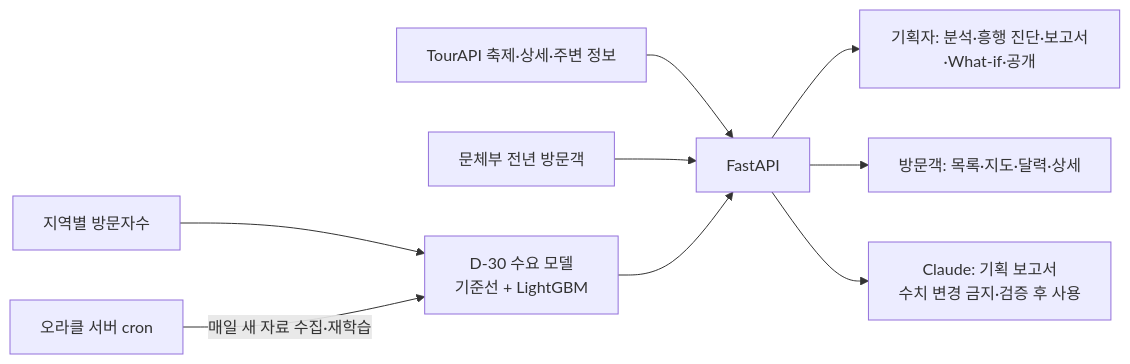
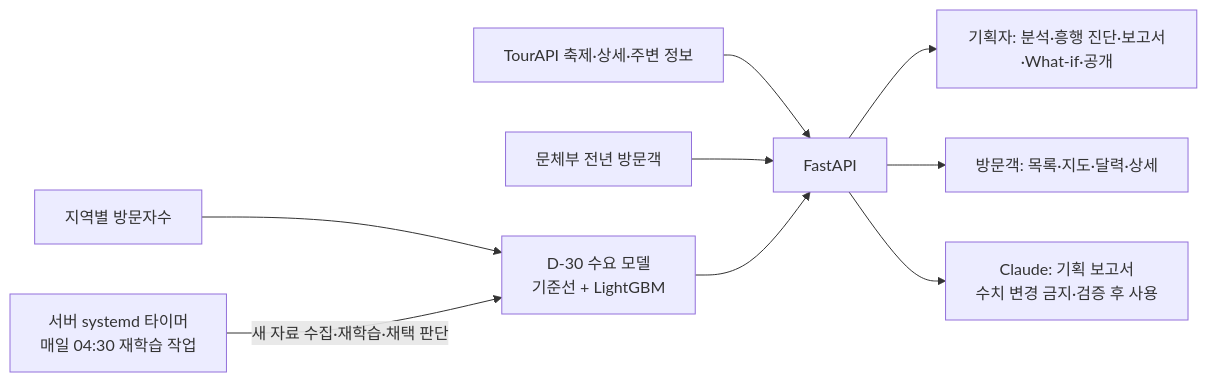
Before and after one commit to ghdtjdwn/heungmap: the diagram in README.md, drawn with Mermaid. The commit also changed other lines of this file and 13 other files, not shown here.

Commit message:
docs: 배포·재학습 문서를 현재 구조(Docker Compose + systemd 타이머, Caddy)로 다시 쓰고 2026-09 점검표·검토 대기 항목을 종료 기록으로 정리 (#90)

````diff
--- a/README.md
+++ b/README.md
@@ -76,11 +76,11 @@
 ```mermaid
 flowchart LR
     A[TourAPI 축제·상세·주변 정보] --> F[FastAPI]
     B[지역별 방문자수] --> M[D-30 수요 모델<br/>기준선 + LightGBM]
     C[문체부 전년 방문객] --> F
     M --> F
     F --> P[기획자: 분석·흥행 진단·보고서·What-if·공개]
     F --> V[방문객: 목록·지도·달력·상세]
     F --> L[Claude: 기획 보고서<br/>수치 변경 금지·검증 후 사용]
-    O[오라클 서버 cron] -->|매일 새 자료 수집·재학습| M
+    O[서버 systemd 타이머<br/>매일 04:30 재학습 작업] -->|새 자료 수집·재학습·채택 판단| M
 ```
````
